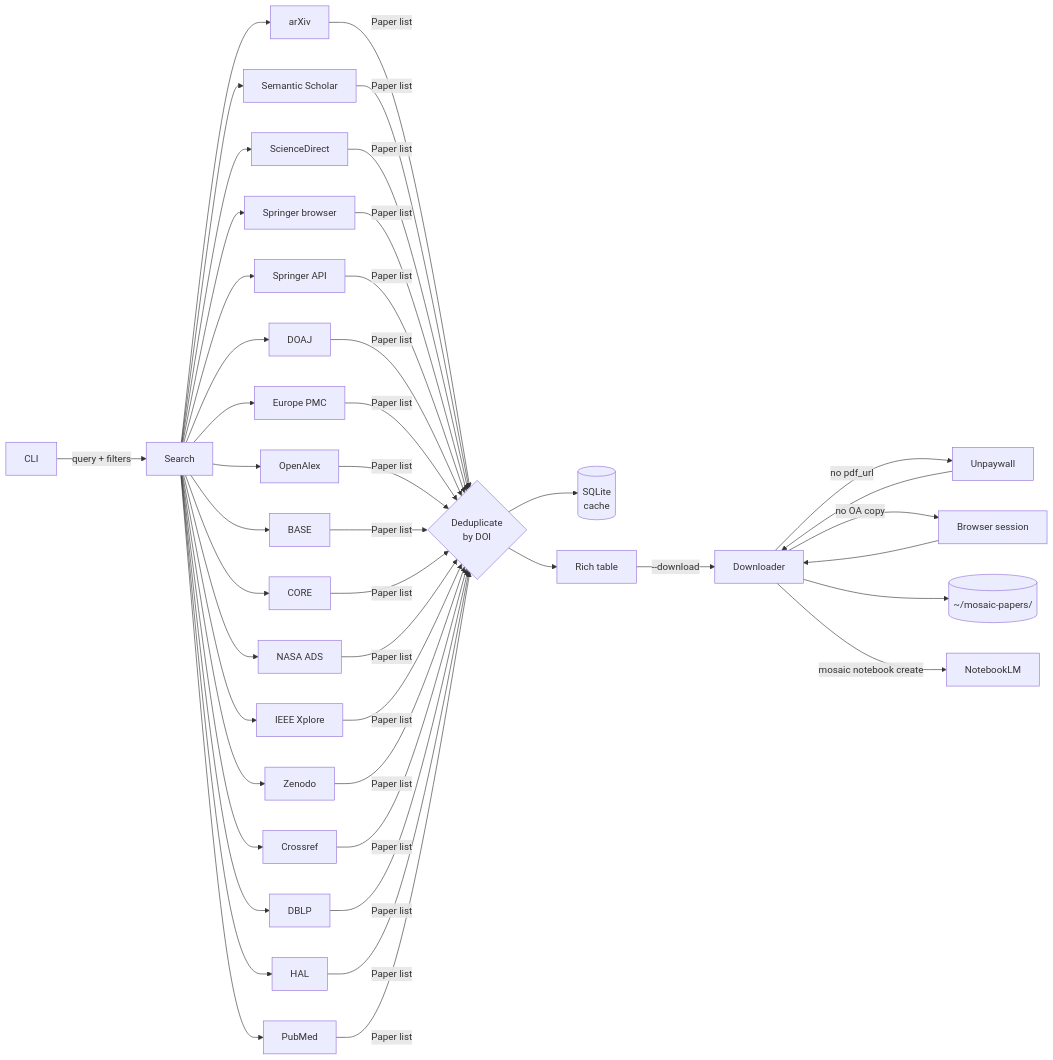
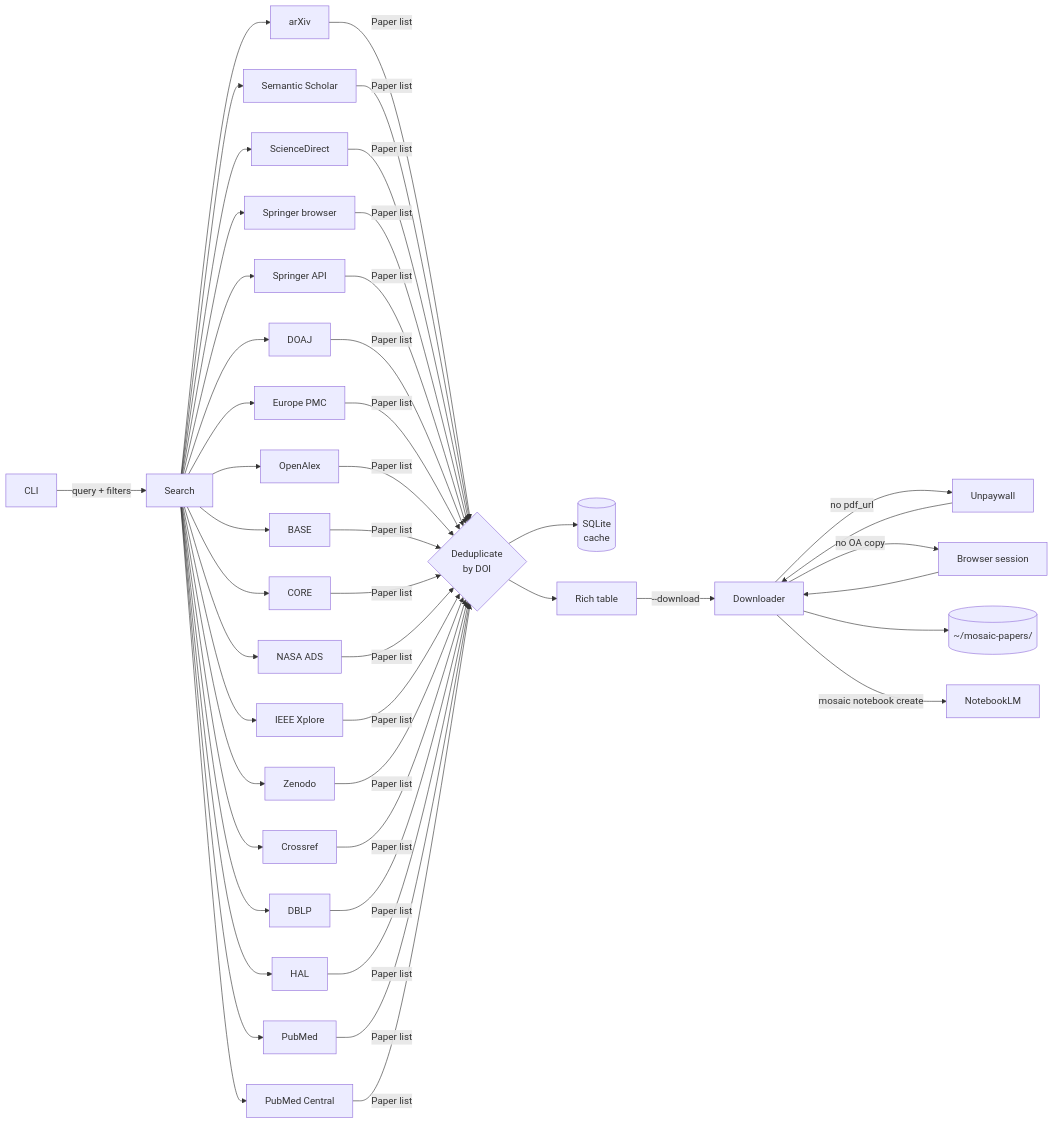
One commit to szaghi/mosaic changed the diagram in README.md. Above: the diagram before and after it, drawn with Mermaid. The commit also changed other lines of this file and 13 other files, not shown here.

First line of the commit message:
feat(sources): add PubMed Central search source via NCBI E-utilities

````diff
--- a/README.md
+++ b/README.md
@@ -301,15 +302,15 @@
 ```mermaid
 flowchart LR
     CLI -->|query + filters| Search
-    Search --> arXiv & SS[Semantic Scholar] & SD[ScienceDirect] & SP[Springer browser] & SPN[Springer API] & DOAJ & EPMC[Europe PMC] & OA[OpenAlex] & BASE & CORE & ADS[NASA ADS] & IEEE[IEEE Xplore] & ZEN[Zenodo] & CR[Crossref] & DBLP[DBLP] & HAL[HAL] & PM[PubMed]
-    arXiv & SS & SD & SP & SPN & DOAJ & EPMC & OA & BASE & CORE & ADS & IEEE & ZEN & CR & DBLP & HAL & PM -->|Paper list| Dedup{Deduplicate\nby DOI}
+    Search --> arXiv & SS[Semantic Scholar] & SD[ScienceDirect] & SP[Springer browser] & SPN[Springer API] & DOAJ & EPMC[Europe PMC] & OA[OpenAlex] & BASE & CORE & ADS[NASA ADS] & IEEE[IEEE Xplore] & ZEN[Zenodo] & CR[Crossref] & DBLP[DBLP] & HAL[HAL] & PM[PubMed] & PMC[PubMed Central]
+    arXiv & SS & SD & SP & SPN & DOAJ & EPMC & OA & BASE & CORE & ADS & IEEE & ZEN & CR & DBLP & HAL & PM & PMC -->|Paper list| Dedup{Deduplicate\nby DOI}
     Dedup --> Cache[(SQLite\ncache)]
     Dedup --> Table[Rich table]
     Table -->|--download| DL[Downloader]
     DL -->|no pdf_url| UPW[Unpaywall]
     UPW --> DL
     DL -->|no OA copy| AUTH[Browser session]
     AUTH --> DL
     DL --> Disk[(~/mosaic-papers/)]
     DL -->|mosaic notebook create| NLM[NotebookLM]
 ```
````
